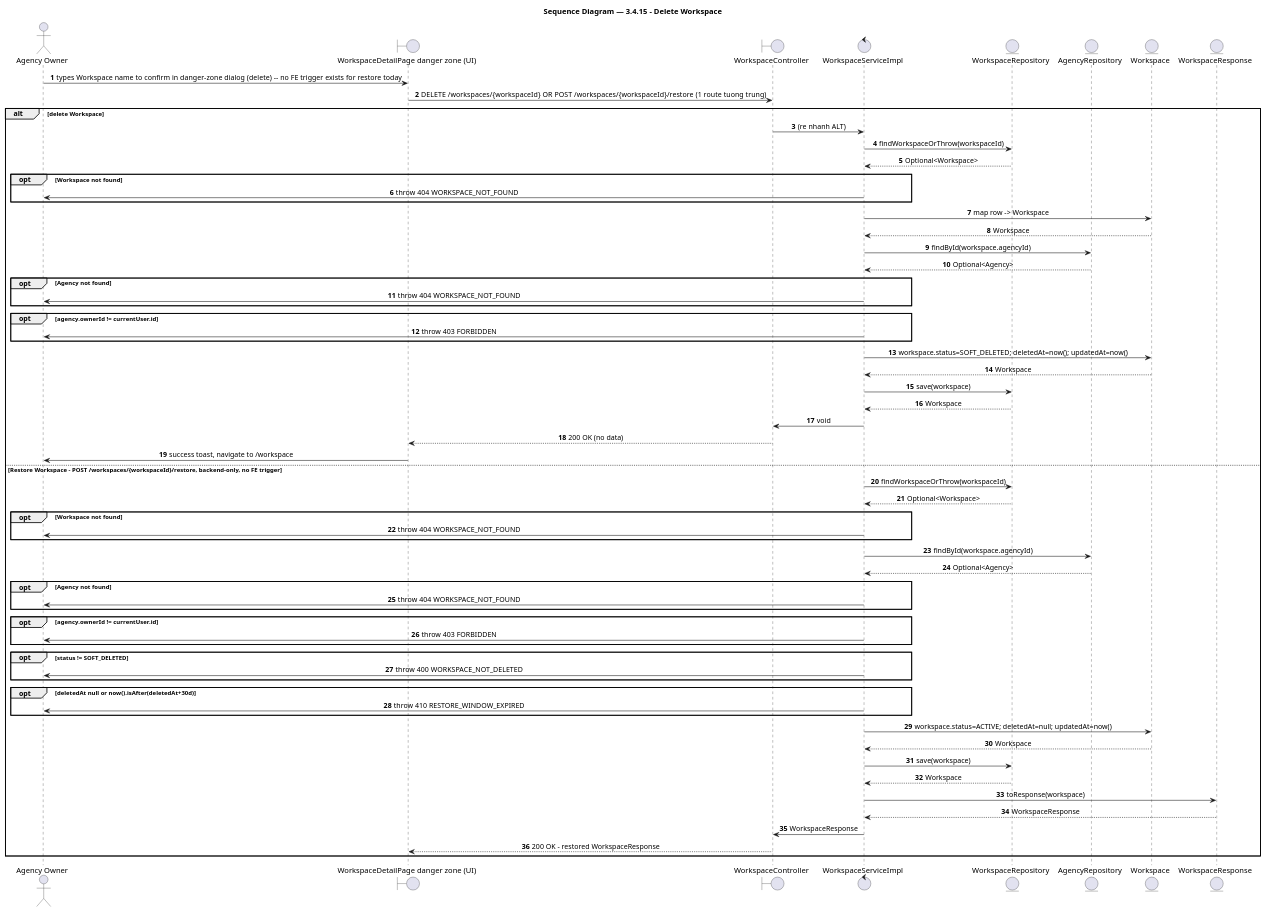
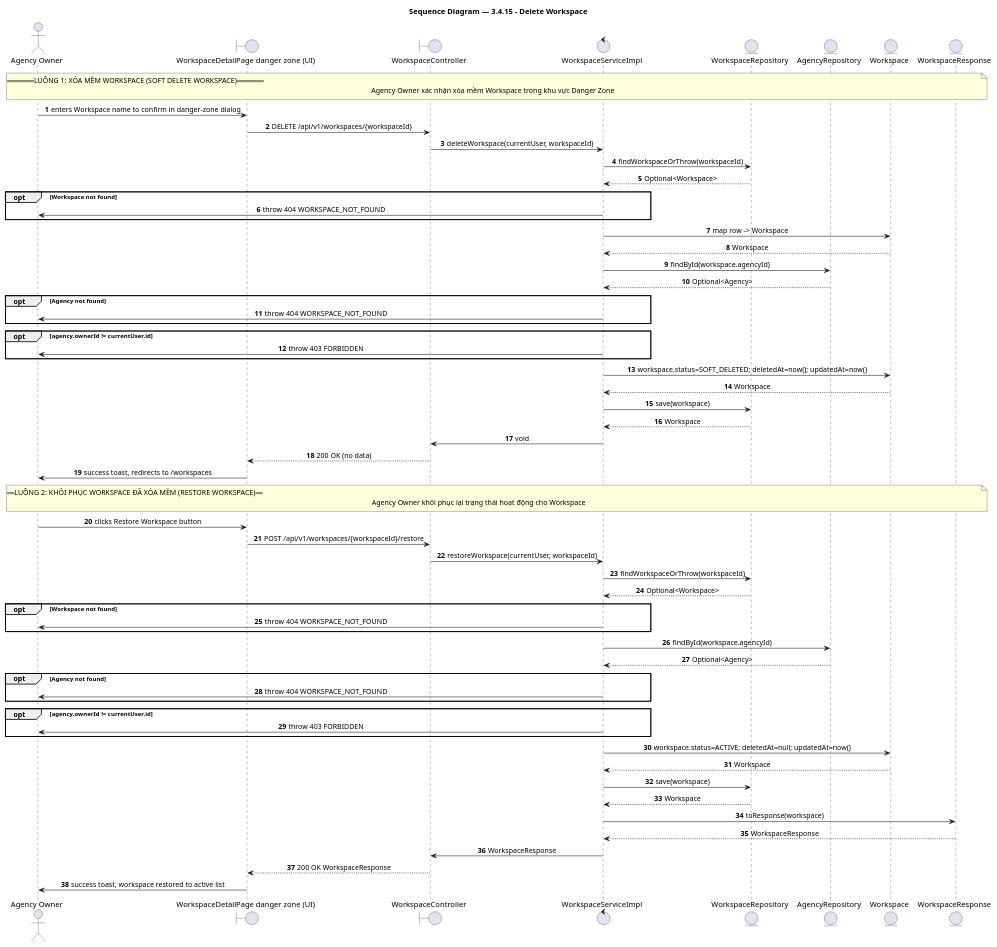
Before and after one commit to BrandHubOrganization/brandhub-infrastructure: the diagram in docs/feature/agency-workspace/3-4-15-delete-workspace/report4_sequence.puml, drawn with PlantUML. The commit also changed 21 other files, not shown here.

Commit message:
docs: add sequence diagrams and documentation for agency workspace and profile features

```diff
--- a/docs/feature/agency-workspace/3-4-15-delete-workspace/report4_sequence.puml
+++ b/docs/feature/agency-workspace/3-4-15-delete-workspace/report4_sequence.puml
@@ -1,77 +1,78 @@
 @startuml 3.4.15 - Delete Workspace
 title Sequence Diagram — 3.4.15 - Delete Workspace
 
 autonumber
 skinparam shadowing false
 skinparam sequenceMessageAlign center
 skinparam BoxPadding 10
 skinparam ParticipantPadding 10
 
 ' === Participants ===
 actor "Agency Owner" as agency_owner
 boundary "WorkspaceDetailPage danger zone (UI)" as workspacedetailpage_danger_zone_ui
 boundary "WorkspaceController" as workspacecontroller
 control "WorkspaceServiceImpl" as workspaceserviceimpl
 entity "WorkspaceRepository" as workspacerepository
 entity "AgencyRepository" as agencyrepository
 entity "Workspace" as workspace
 entity "WorkspaceResponse" as workspaceresponse
 
-' === Flow ===
-agency_owner -> workspacedetailpage_danger_zone_ui: types Workspace name to confirm in danger-zone dialog (delete)  --  no FE trigger exists for restore today
-workspacedetailpage_danger_zone_ui -> workspacecontroller: DELETE /workspaces/{workspaceId}  OR  POST /workspaces/{workspaceId}/restore  (1 route tuong trung)
-alt delete Workspace
-  workspacecontroller -> workspaceserviceimpl: (re nhanh ALT)
-  workspaceserviceimpl -> workspacerepository: findWorkspaceOrThrow(workspaceId)
-  workspacerepository --> workspaceserviceimpl: Optional<Workspace>
-  opt Workspace not found
-    workspaceserviceimpl -> agency_owner: throw 404 WORKSPACE_NOT_FOUND
-  end
-  workspaceserviceimpl -> workspace: map row -> Workspace
-  workspace --> workspaceserviceimpl: Workspace
-  workspaceserviceimpl -> agencyrepository: findById(workspace.agencyId)
-  agencyrepository --> workspaceserviceimpl: Optional<Agency>
-  opt Agency not found
-    workspaceserviceimpl -> agency_owner: throw 404 WORKSPACE_NOT_FOUND
-  end
-  opt agency.ownerId != currentUser.id
-    workspaceserviceimpl -> agency_owner: throw 403 FORBIDDEN
-  end
-  workspaceserviceimpl -> workspace: workspace.status=SOFT_DELETED; deletedAt=now(); updatedAt=now()
-  workspace --> workspaceserviceimpl: Workspace
-  workspaceserviceimpl -> workspacerepository: save(workspace)
-  workspacerepository --> workspaceserviceimpl: Workspace
-  workspaceserviceimpl -> workspacecontroller: void
-  workspacecontroller --> workspacedetailpage_danger_zone_ui: 200 OK (no data)
-  workspacedetailpage_danger_zone_ui -> agency_owner: success toast, navigate to /workspace
-else Restore Workspace - POST /workspaces/{workspaceId}/restore, backend-only, no FE trigger
-  workspaceserviceimpl -> workspacerepository: findWorkspaceOrThrow(workspaceId)
-  workspacerepository --> workspaceserviceimpl: Optional<Workspace>
-  opt Workspace not found
-    workspaceserviceimpl -> agency_owner: throw 404 WORKSPACE_NOT_FOUND
-  end
-  workspaceserviceimpl -> agencyrepository: findById(workspace.agencyId)
-  agencyrepository --> workspaceserviceimpl: Optional<Agency>
-  opt Agency not found
-    workspaceserviceimpl -> agency_owner: throw 404 WORKSPACE_NOT_FOUND
-  end
-  opt agency.ownerId != currentUser.id
-    workspaceserviceimpl -> agency_owner: throw 403 FORBIDDEN
-  end
-  opt status != SOFT_DELETED
-    workspaceserviceimpl -> agency_owner: throw 400 WORKSPACE_NOT_DELETED
-  end
-  opt deletedAt null or now().isAfter(deletedAt+30d)
-    workspaceserviceimpl -> agency_owner: throw 410 RESTORE_WINDOW_EXPIRED
-  end
-  workspaceserviceimpl -> workspace: workspace.status=ACTIVE; deletedAt=null; updatedAt=now()
-  workspace --> workspaceserviceimpl: Workspace
-  workspaceserviceimpl -> workspacerepository: save(workspace)
-  workspacerepository --> workspaceserviceimpl: Workspace
-  workspaceserviceimpl -> workspaceresponse: toResponse(workspace)
-  workspaceresponse --> workspaceserviceimpl: WorkspaceResponse
-  workspaceserviceimpl -> workspacecontroller: WorkspaceResponse
-  workspacecontroller --> workspacedetailpage_danger_zone_ui: 200 OK - restored WorkspaceResponse
+' === Flow 1 ===
+note over agency_owner, workspaceresponse : == LUỒNG 1: XÓA MỀM WORKSPACE (SOFT DELETE WORKSPACE) ==\nAgency Owner xác nhận xóa mềm Workspace trong khu vực Danger Zone
+
+agency_owner -> workspacedetailpage_danger_zone_ui: enters Workspace name to confirm in danger-zone dialog
+workspacedetailpage_danger_zone_ui -> workspacecontroller: DELETE /api/v1/workspaces/{workspaceId}
+workspacecontroller -> workspaceserviceimpl: deleteWorkspace(currentUser, workspaceId)
+workspaceserviceimpl -> workspacerepository: findWorkspaceOrThrow(workspaceId)
+workspacerepository --> workspaceserviceimpl: Optional<Workspace>
+opt Workspace not found
+  workspaceserviceimpl -> agency_owner: throw 404 WORKSPACE_NOT_FOUND
 end
+workspaceserviceimpl -> workspace: map row -> Workspace
+workspace --> workspaceserviceimpl: Workspace
+workspaceserviceimpl -> agencyrepository: findById(workspace.agencyId)
+agencyrepository --> workspaceserviceimpl: Optional<Agency>
+opt Agency not found
+  workspaceserviceimpl -> agency_owner: throw 404 WORKSPACE_NOT_FOUND
+end
+opt agency.ownerId != currentUser.id
+  workspaceserviceimpl -> agency_owner: throw 403 FORBIDDEN
+end
+workspaceserviceimpl -> workspace: workspace.status=SOFT_DELETED; deletedAt=now(); updatedAt=now()
+workspace --> workspaceserviceimpl: Workspace
+workspaceserviceimpl -> workspacerepository: save(workspace)
+workspacerepository --> workspaceserviceimpl: Workspace
+workspaceserviceimpl -> workspacecontroller: void
+workspacecontroller --> workspacedetailpage_danger_zone_ui: 200 OK (no data)
+workspacedetailpage_danger_zone_ui -> agency_owner: success toast, redirects to /workspaces
+
+' === Flow 2 ===
+note over agency_owner, workspaceresponse : == LUỒNG 2: KHÔI PHỤC WORKSPACE ĐÃ XÓA MỀM (RESTORE WORKSPACE) ==\nAgency Owner khôi phục lại trạng thái hoạt động cho Workspace
+
+agency_owner -> workspacedetailpage_danger_zone_ui: clicks Restore Workspace button
+workspacedetailpage_danger_zone_ui -> workspacecontroller: POST /api/v1/workspaces/{workspaceId}/restore
+workspacecontroller -> workspaceserviceimpl: restoreWorkspace(currentUser, workspaceId)
+workspaceserviceimpl -> workspacerepository: findWorkspaceOrThrow(workspaceId)
+workspacerepository --> workspaceserviceimpl: Optional<Workspace>
+opt Workspace not found
+  workspaceserviceimpl -> agency_owner: throw 404 WORKSPACE_NOT_FOUND
+end
+workspaceserviceimpl -> agencyrepository: findById(workspace.agencyId)
+agencyrepository --> workspaceserviceimpl: Optional<Agency>
+opt Agency not found
+  workspaceserviceimpl -> agency_owner: throw 404 WORKSPACE_NOT_FOUND
+end
+opt agency.ownerId != currentUser.id
+  workspaceserviceimpl -> agency_owner: throw 403 FORBIDDEN
+end
+workspaceserviceimpl -> workspace: workspace.status=ACTIVE; deletedAt=null; updatedAt=now()
+workspace --> workspaceserviceimpl: Workspace
+workspaceserviceimpl -> workspacerepository: save(workspace)
+workspacerepository --> workspaceserviceimpl: Workspace
+workspaceserviceimpl -> workspaceresponse: toResponse(workspace)
+workspaceresponse --> workspaceserviceimpl: WorkspaceResponse
+workspaceserviceimpl -> workspacecontroller: WorkspaceResponse
+workspacecontroller --> workspacedetailpage_danger_zone_ui: 200 OK WorkspaceResponse
+workspacedetailpage_danger_zone_ui -> agency_owner: success toast, workspace restored to active list
 
 @enduml
```
